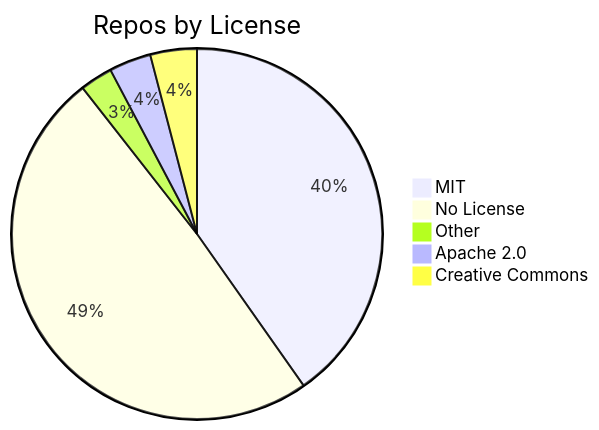
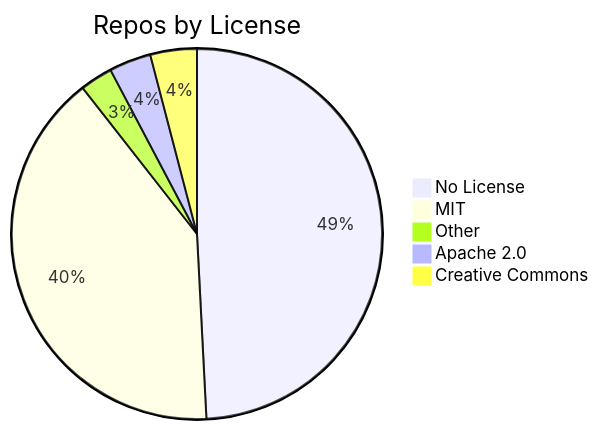
One commit to jpatterson933/awesome-mcp-server-index changed the diagram in AWESOME-MCP-REPOS.md. Above: the diagram before and after it, drawn with Mermaid. The commit also changed other lines of this file and 7 other files, not shown here.

````diff
--- a/AWESOME-MCP-REPOS.md
+++ b/AWESOME-MCP-REPOS.md
@@ -47,8 +47,8 @@
 ```mermaid
 pie title Repos by License
+    "No License" : 121
     "MIT" : 99
-    "No License" : 121
     "Other" : 7
     "Apache 2.0" : 9
     "Creative Commons" : 10
 ```
````
